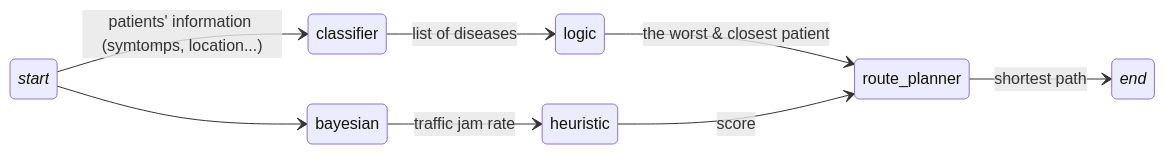
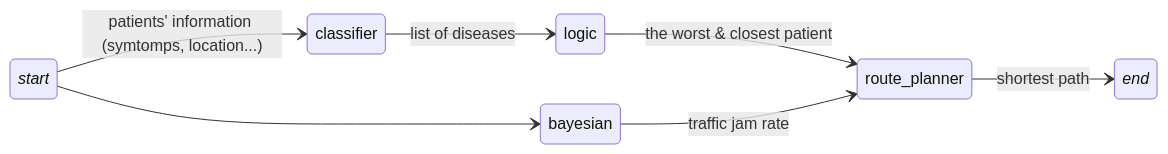
The diagram in README.md (hoanganh1105/ai-ambulance-coordinator), drawn with Mermaid before and after one commit. The commit also changed other lines of this file, not shown here.

````diff
--- a/README.md
+++ b/README.md
@@ -5,12 +5,11 @@
 ```mermaid
 stateDiagram
     direction LR
     
     *start* --> classifier: patients' information (symtomps, location...)
     classifier --> logic: list of diseases
     logic --> route_planner: the worst & closest patient
     route_planner --> *end*: shortest path
-    bayesian --> heuristic: traffic jam rate
-    heuristic --> route_planner: score
+    bayesian --> route_planner: traffic jam rate
     *start* --> bayesian
 ```
````
